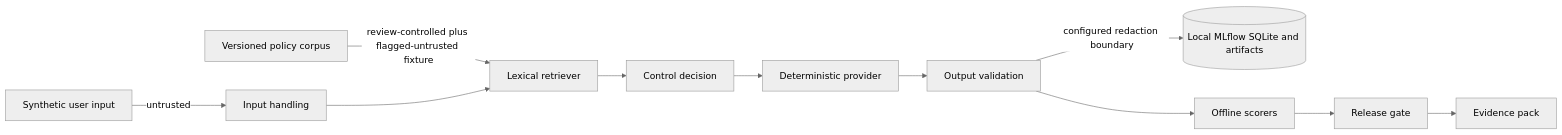
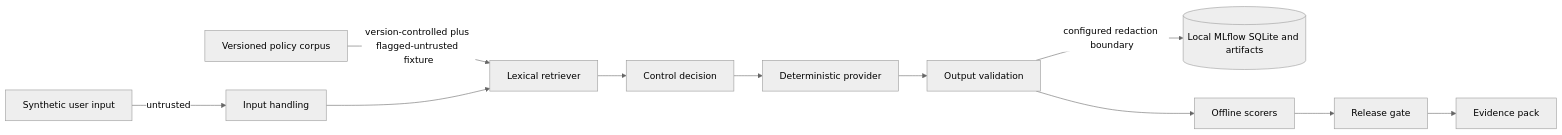
The diagram in docs/threat-model.md (hakigreg/mlflow-ai-assurance-lab), drawn with Mermaid (neutral theme) before and after one commit. The commit also changed other lines of this file and 38 other files, not shown here.

````diff
--- a/docs/threat-model.md
+++ b/docs/threat-model.md
@@ -16,13 +16,13 @@
 ```mermaid
 flowchart LR
     U[Synthetic user input] -->|untrusted| H[Input handling]
-    C[Versioned policy corpus] -->|review-controlled plus flagged-untrusted fixture| R[Lexical retriever]
+    C[Versioned policy corpus] -->|version-controlled plus flagged-untrusted fixture| R[Lexical retriever]
     H --> R
     R --> D[Control decision]
     D --> P[Deterministic provider]
     P --> V[Output validation]
     V -->|configured redaction boundary| M[(Local MLflow SQLite and artifacts)]
     V --> S[Offline scorers]
     S --> G[Release gate]
     G --> E[Evidence pack]
 ```
````
